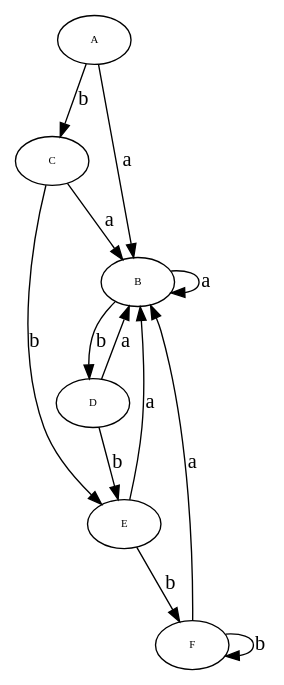
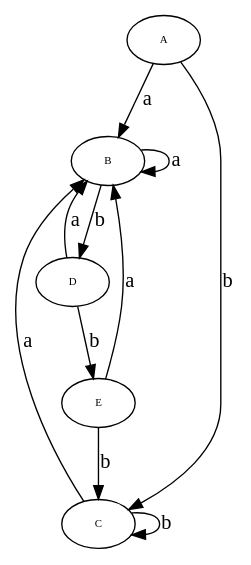
The diagram in graph_subset.dot (GDawg4/P1), drawn with Graphviz before and after one commit. The commit also changed 5 other files, not shown here.

```diff
--- a/graph_subset.dot
+++ b/graph_subset.dot
@@ -1,91 +1,76 @@
 digraph RGL__DirectedAdjacencyGraph {
     A [
         fontsize = 8,
         label = A
     ]
 
     B [
         fontsize = 8,
         label = B
     ]
 
     C [
         fontsize = 8,
         label = C
     ]
 
     D [
         fontsize = 8,
         label = D
     ]
 
     E [
         fontsize = 8,
         label = E
-    ]
-
-    F [
-        fontsize = 8,
-        label = F
     ]
 
     A -> B [
         fontsize = 15,
         label = a
     ]
 
     A -> C [
         fontsize = 15,
         label = b
     ]
 
     B -> B [
         fontsize = 15,
         label = a
     ]
 
     B -> D [
         fontsize = 15,
         label = b
     ]
 
     C -> B [
         fontsize = 15,
         label = a
     ]
 
-    C -> E [
+    C -> C [
         fontsize = 15,
         label = b
     ]
 
     D -> B [
         fontsize = 15,
         label = a
     ]
 
     D -> E [
         fontsize = 15,
         label = b
     ]
 
     E -> B [
         fontsize = 15,
         label = a
     ]
 
-    E -> F [
-        fontsize = 15,
-        label = b
-    ]
-
-    F -> B [
-        fontsize = 15,
-        label = a
-    ]
-
-    F -> F [
+    E -> C [
         fontsize = 15,
         label = b
     ]
 }
```
